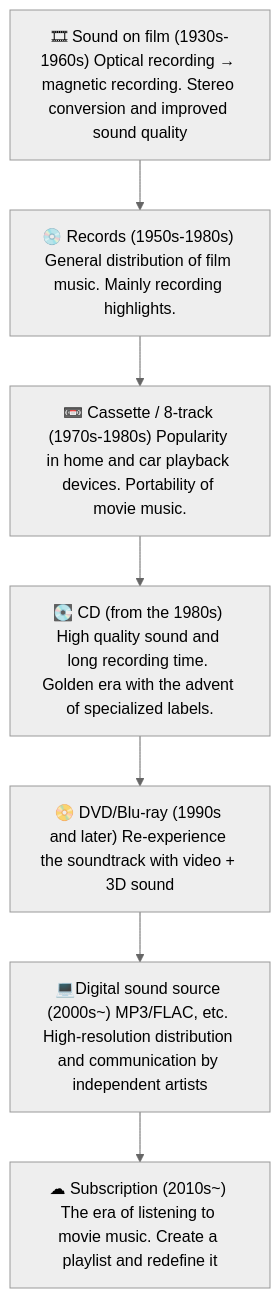
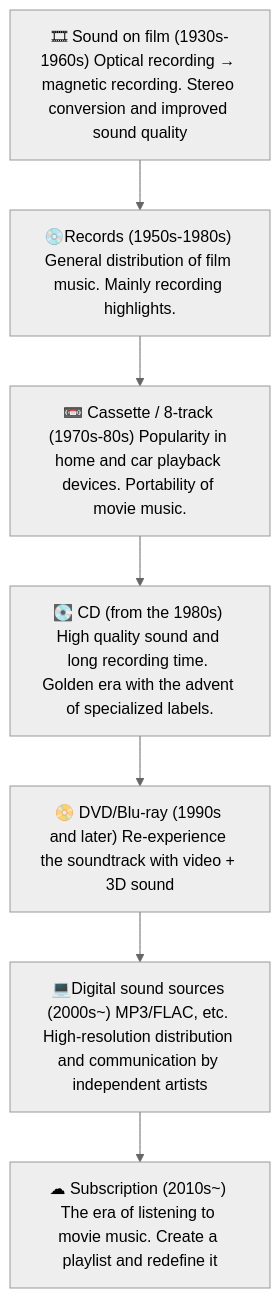
The diagram in en/_posts/2025-07-17-Column-Soundtrack.md (monumental-movement/monumental-movement.github.io), drawn with Mermaid (neutral theme) before and after one commit. The commit also changed other lines of this file and 851 other files, not shown here.

```diff
--- a/en/_posts/2025-07-17-Column-Soundtrack.md
+++ b/en/_posts/2025-07-17-Column-Soundtrack.md
@@ -102,14 +102,14 @@
 <div class="mermaid">
 
 flowchart TD
   A["🎞 Sound on film (1930s-1960s) Optical recording → magnetic recording. Stereo conversion and improved sound quality"]
-  B["💿 Records (1950s-1980s) General distribution of film music. Mainly recording highlights."]
-  C["📼 Cassette / 8-track (1970s-1980s) Popularity in home and car playback devices. Portability of movie music."]
+  B["💿Records (1950s-1980s) General distribution of film music. Mainly recording highlights."]
+  C["📼 Cassette / 8-track (1970s-80s) Popularity in home and car playback devices. Portability of movie music."]
   D["💽 CD (from the 1980s) High quality sound and long recording time. Golden era with the advent of specialized labels."]
   E["📀 DVD/Blu-ray (1990s and later) Re-experience the soundtrack with video + 3D sound"]
-  F["💻Digital sound source (2000s~) MP3/FLAC, etc. High-resolution distribution and communication by independent artists"]
+  F["💻Digital sound sources (2000s~) MP3/FLAC, etc. High-resolution distribution and communication by independent artists"]
   G["☁ Subscription (2010s~) The era of listening to movie music. Create a playlist and redefine it"]
 
   A --> B --> C --> D --> E --> F --> G
 
 </div>
```
